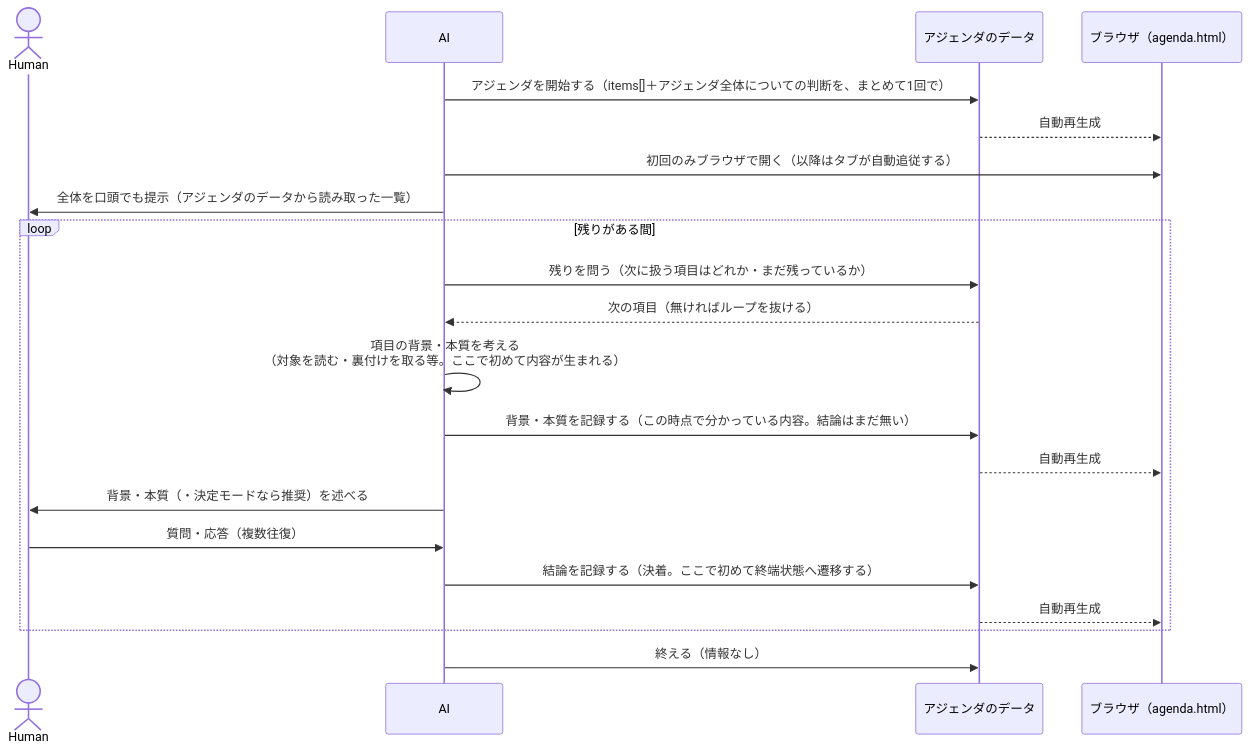
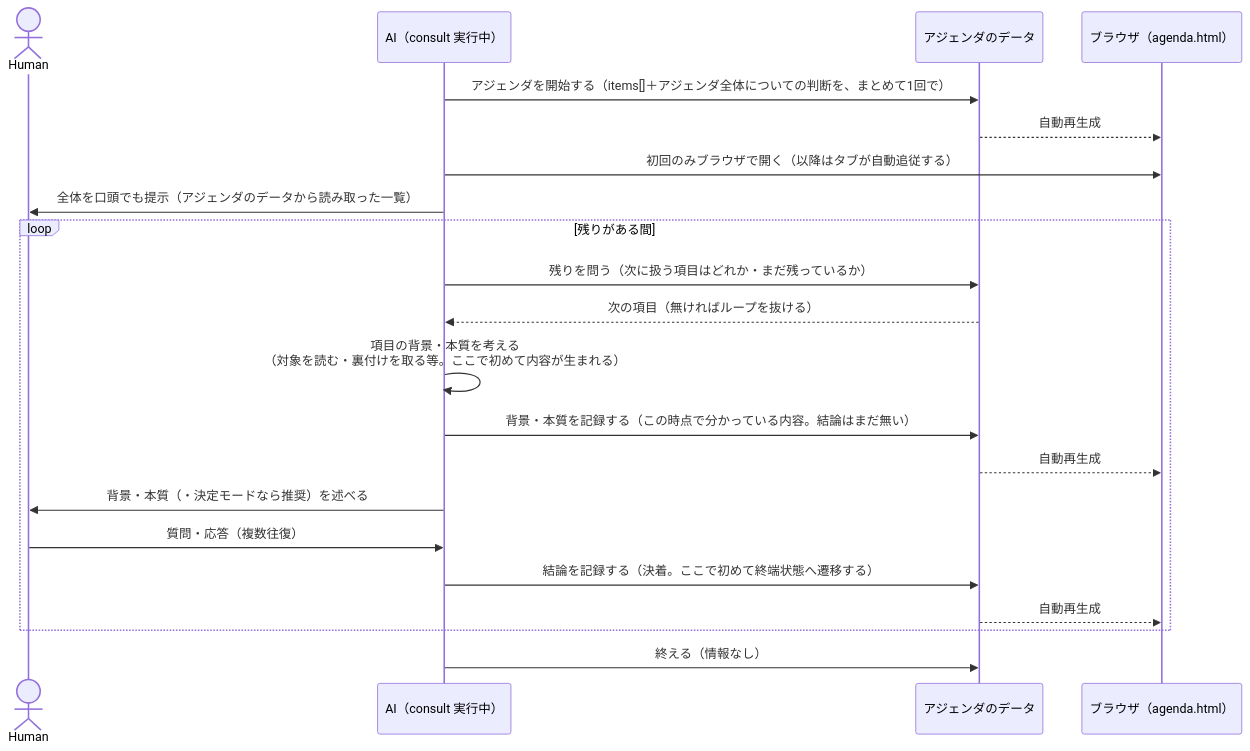
One commit to BlueEventHorizon/bw-cc-plugins changed the third of 3 diagrams in docs/specs/consult/design/DES-078_consult_dialogue_flow_design.md. Above: the diagram before and after it, drawn with Mermaid. The commit also changed other lines of this file, not shown here.

First line of the commit message:
docs(consult): DES-078のシーケンス図でreview/consultのアクター表現を修正し、同一アクターであることを明確化する

````diff
--- a/docs/specs/consult/design/DES-078_consult_dialogue_flow_design.md
+++ b/docs/specs/consult/design/DES-078_consult_dialogue_flow_design.md
@@ -60,27 +62,27 @@
 ```mermaid
 sequenceDiagram
     actor Human
-    participant AI as AI
+    participant AI as AI（consult 実行中）
     participant Data as アジェンダのデータ
     participant Browser as ブラウザ（agenda.html）
 
     AI->>Data: アジェンダを開始する（items[]＋アジェンダ全体についての判断を、まとめて1回で）
     Data-->>Browser: 自動再生成
     AI->>Browser: 初回のみブラウザで開く（以降はタブが自動追従する）
     AI->>Human: 全体を口頭でも提示（アジェンダのデータから読み取った一覧）
 
     loop 残りがある間
         AI->>Data: 残りを問う（次に扱う項目はどれか・まだ残っているか）
         Data-->>AI: 次の項目（無ければループを抜ける）
 
         AI->>AI: 項目の背景・本質を考える<br/>（対象を読む・裏付けを取る等。ここで初めて内容が生まれる）
         AI->>Data: 背景・本質を記録する（この時点で分かっている内容。結論はまだ無い）
         Data-->>Browser: 自動再生成
         AI->>Human: 背景・本質（・決定モードなら推奨）を述べる
         Human->>AI: 質問・応答（複数往復）
         AI->>Data: 結論を記録する（決着。ここで初めて終端状態へ遷移する）
         Data-->>Browser: 自動再生成
     end
 
     AI->>Data: 終える（情報なし）
 ```
````
